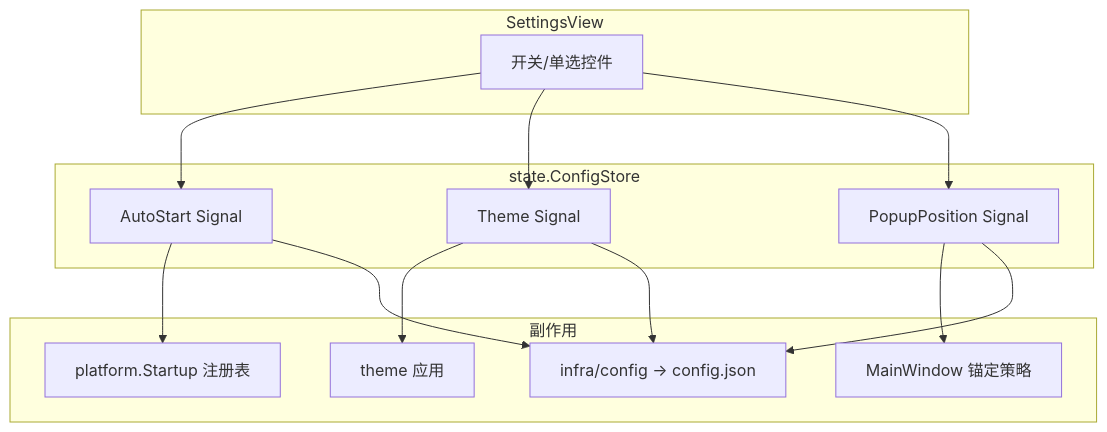
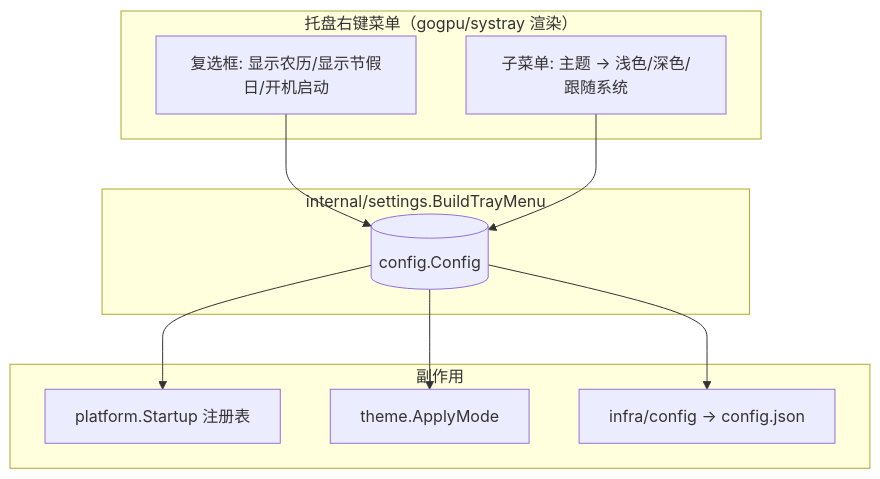
One commit to shaolei/DeskCalendar changed the second of 4 diagrams in docs/90-UI/Settings.md. Above: the diagram before and after it, drawn with Mermaid. The commit also changed other lines of this file and 10 other files, not shown here.

First line of the commit message:
feat(settings): Phase3 slice #115 - tray right-click menu (Path D)

````diff
--- a/docs/90-UI/Settings.md
+++ b/docs/90-UI/Settings.md
@@ -55,26 +64,19 @@
 ```mermaid
 flowchart TB
-    subgraph SV["SettingsView"]
-        Ctl["开关/单选控件"]
+    subgraph TRAY["托盘右键菜单（gogpu/systray 渲染）"]
+        CB["复选框: 显示农历/显示节假日/开机启动"]
+        SM["子菜单: 主题 → 浅色/深色/跟随系统"]
     end
-    subgraph ST["state.ConfigStore"]
-        AS["AutoStart Signal"]
-        TH["Theme Signal"]
-        PP["PopupPosition Signal"]
+    subgraph SET["internal/settings.BuildTrayMenu"]
+        CB --> CFG[(config.Config)]
+        SM --> CFG
     end
     subgraph EXT["副作用"]
         Reg["platform.Startup 注册表"]
-        Thm["theme 应用"]
-        MW["MainWindow 锚定策略"]
+        Thm["theme.ApplyMode"]
         Disk["infra/config → config.json"]
     end
-    Ctl --> AS
-    Ctl --> TH
-    Ctl --> PP
-    AS --> Reg
-    TH --> Thm
-    PP --> MW
-    AS --> Disk
-    TH --> Disk
-    PP --> Disk
+    CFG --> Reg
+    CFG --> Thm
+    CFG --> Disk
 ```
````
